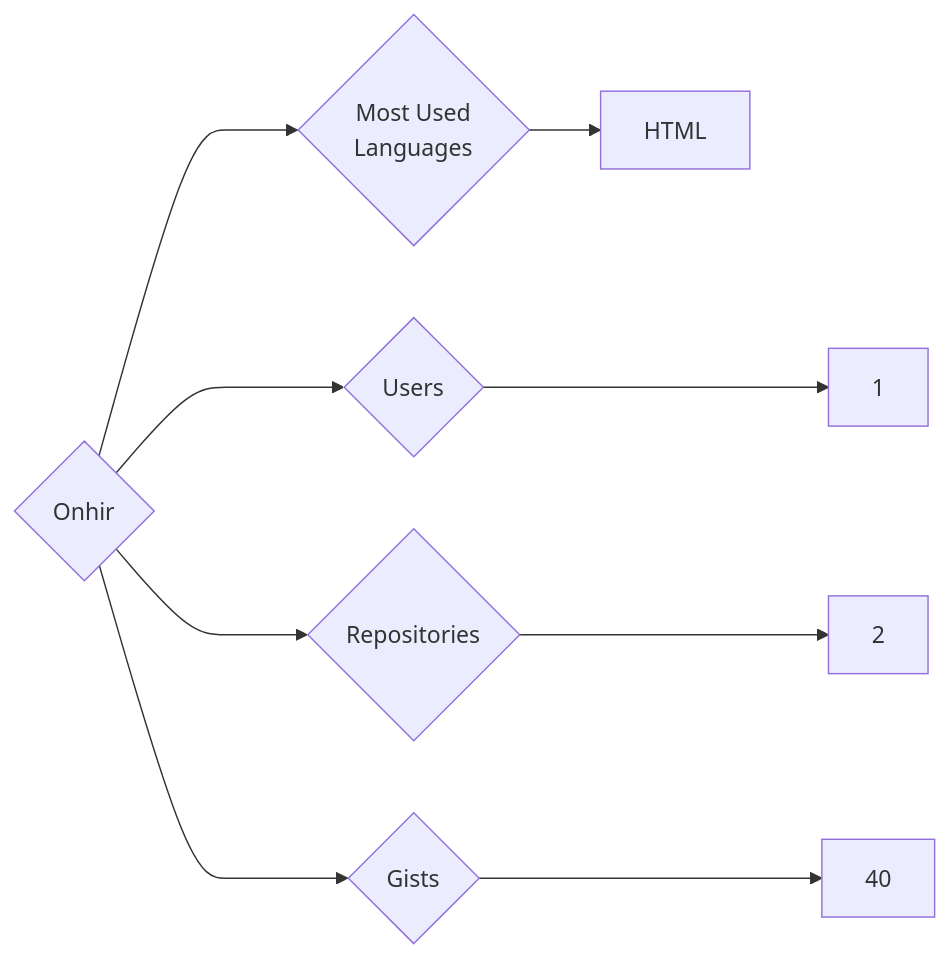
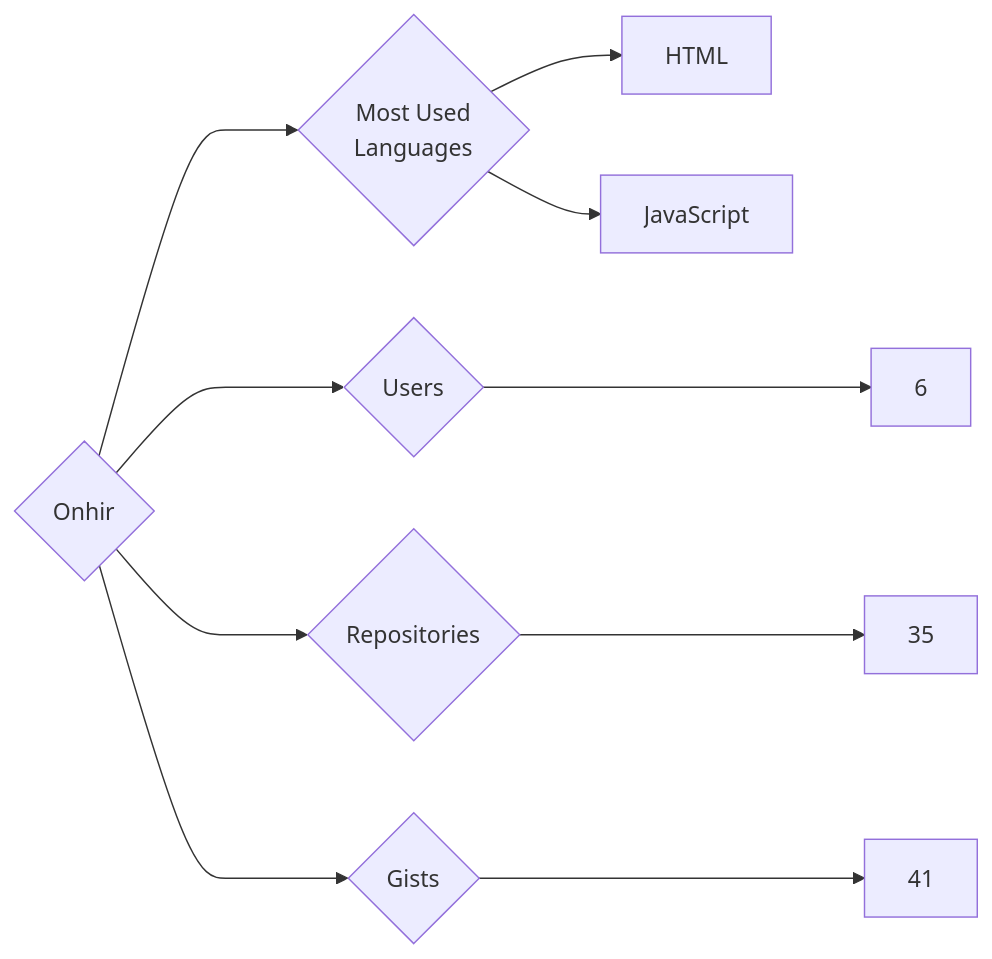
Before and after one commit to trickest/insiders: the diagram in targets/Onhir/README.md, drawn with Mermaid. The commit also changed 1696 other files, not shown here.

````diff
--- a/targets/Onhir/README.md
+++ b/targets/Onhir/README.md
@@ -3,9 +3,10 @@
 ```mermaid
 graph LR
 COMPANY_NAME{Onhir}
-COMPANY_NAME ---> U{Users} ---> UN[1]
-COMPANY_NAME ---> R{Repositories} ---> RN[2]
-COMPANY_NAME ---> G{Gists} ---> GN[40]
+COMPANY_NAME ---> U{Users} ---> UN[6]
+COMPANY_NAME ---> R{Repositories} ---> RN[35]
+COMPANY_NAME ---> G{Gists} ---> GN[41]
 COMPANY_NAME ---> ML{Most Used<br>Languages}
 ML --> HTML[HTML]
+ML --> JavaScript[JavaScript]
 ```
````
